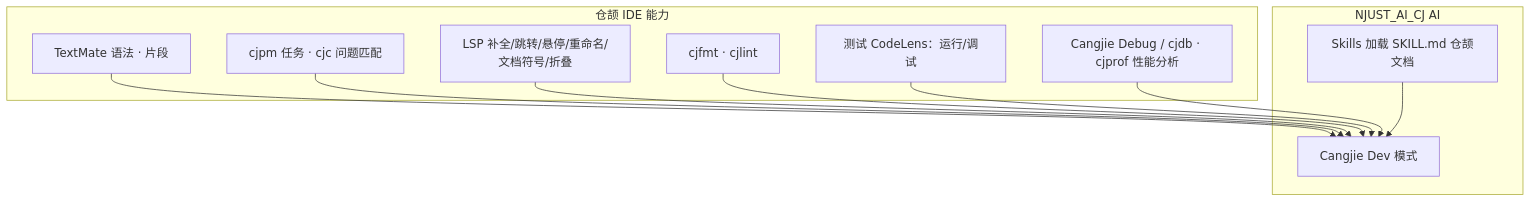
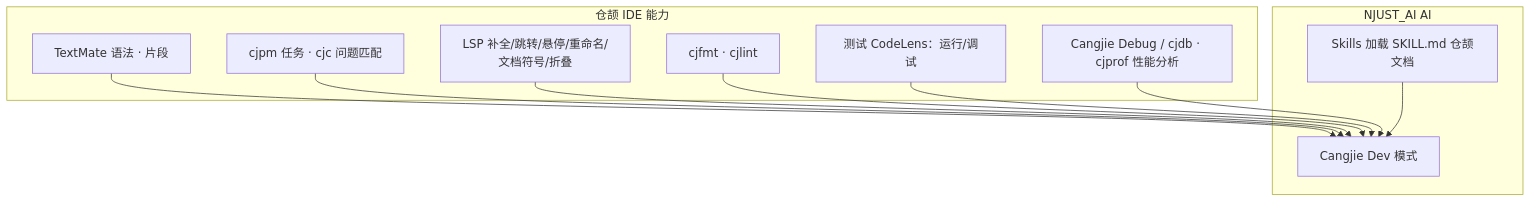
The fifth of 6 diagrams in README.md (jiangyuyao1002/NJUST-fork), drawn with Mermaid before and after one commit. The commit also changed other lines of this file and 2139 other files, not shown here.

````diff
--- a/README.md
+++ b/README.md
@@ -150,22 +150,22 @@
 ```mermaid
 flowchart TB
   subgraph IDE["仓颉 IDE 能力"]
     L[TextMate 语法 · 片段]
     P[cjpm 任务 · cjc 问题匹配]
     S[LSP 补全/跳转/悬停/重命名/文档符号/折叠]
     F[cjfmt · cjlint]
     T[测试 CodeLens：运行/调试]
     D[Cangjie Debug / cjdb · cjprof 性能分析]
   end
-  subgraph AI["NJUST_AI_CJ AI"]
+  subgraph AI["NJUST_AI AI"]
     M[Cangjie Dev 模式]
     SK[Skills 加载 SKILL.md 仓颉文档]
   end
   L --> M
   P --> M
   S --> M
   F --> M
   T --> M
   D --> M
   SK --> M
 ```
````
